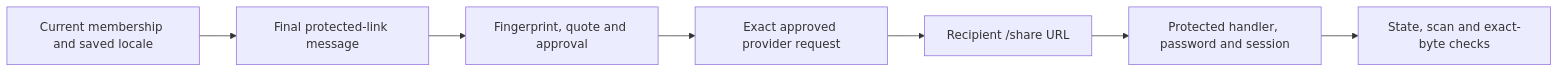
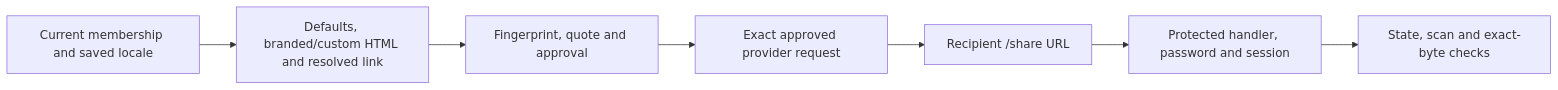
One commit to nclsppr/guteneo changed the diagram in apps/engineering/src/content/docs/workflows/delivery-channels.mdx. Above: the diagram before and after it, drawn with Mermaid. The commit also changed other lines of this file and 40 other files, not shown here.

Commit message:
Add localized document email templates and custom link placeholders

````diff
--- a/apps/engineering/src/content/docs/workflows/delivery-channels.mdx
+++ b/apps/engineering/src/content/docs/workflows/delivery-channels.mdx
@@ -65,9 +90,9 @@
 ```mermaid
 flowchart LR
-  Account["Current membership and saved locale"] --> Prepare["Final protected-link message"]
+  Account["Current membership and saved locale"] --> Prepare["Defaults, branded/custom HTML and resolved link"]
   Prepare --> Review["Fingerprint, quote and approval"]
   Review --> Provider["Exact approved provider request"]
   Provider --> Link["Recipient /share URL"]
   Link --> Reader["Protected handler, password and session"]
   Reader --> PDF["State, scan and exact-byte checks"]
 ```
````
